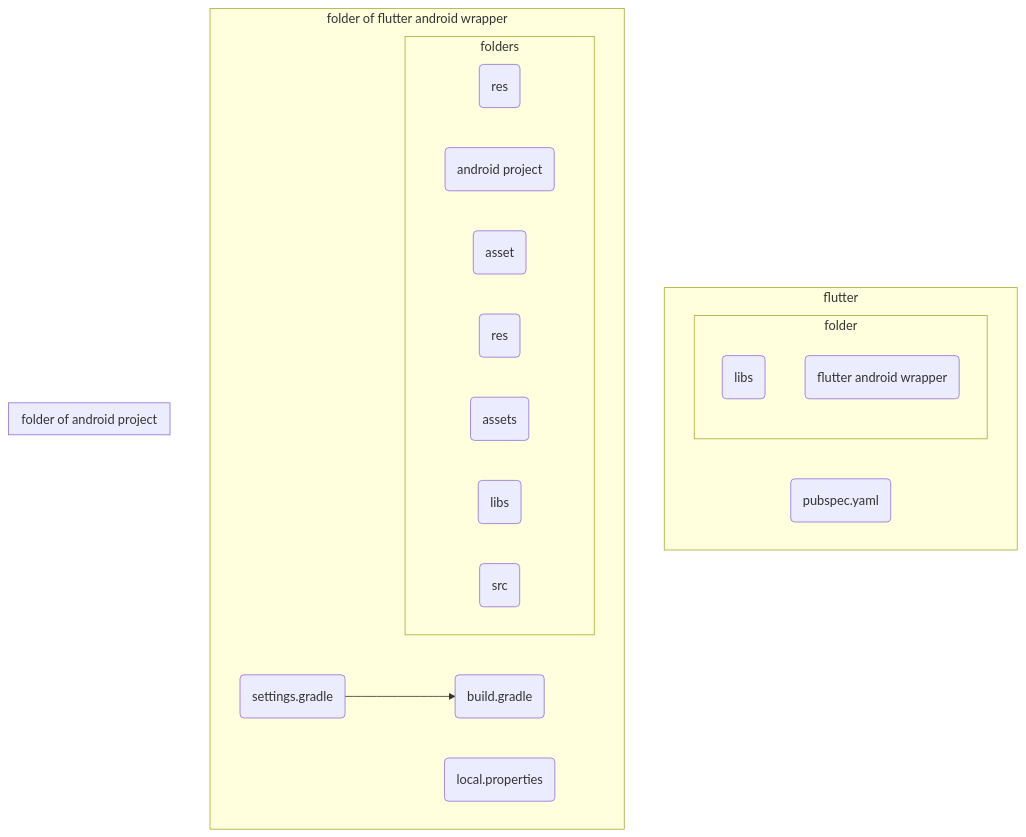
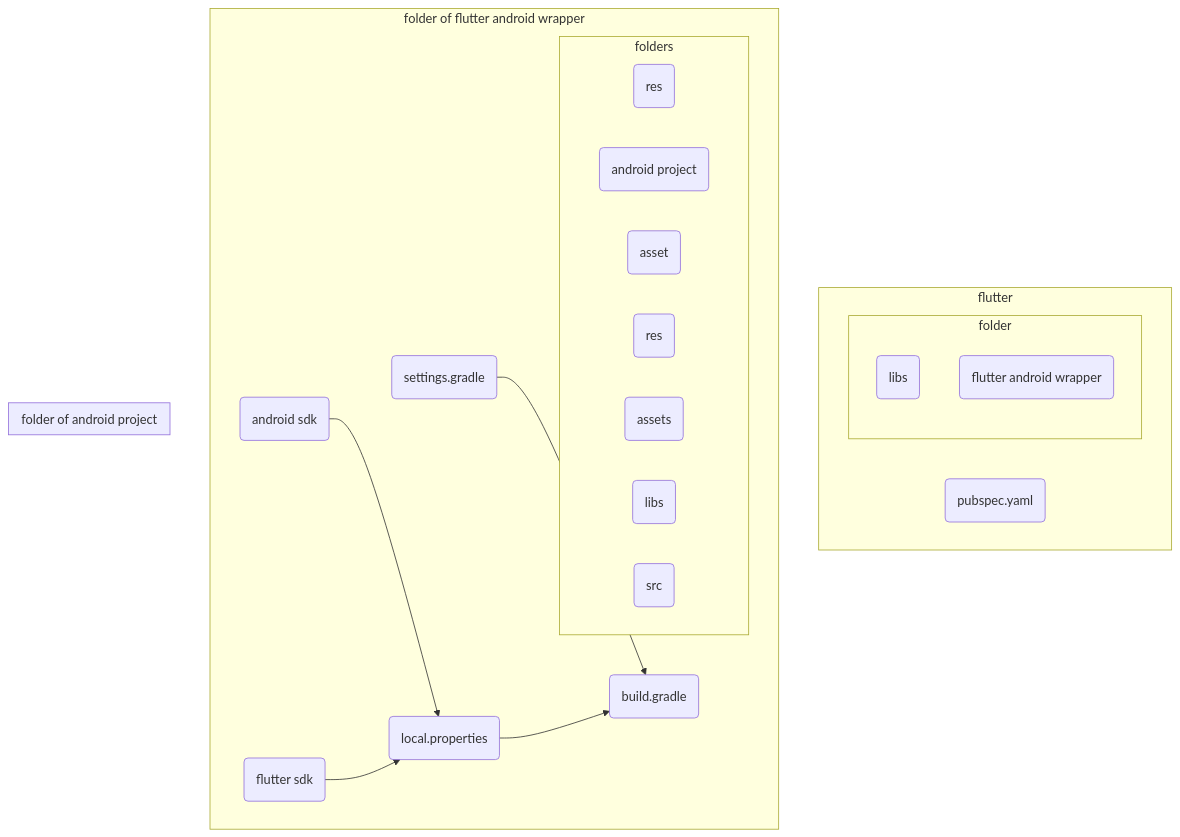
One commit to gordianknotC/nxp_note changed the second of 2 diagrams in flutter/addAndroidProjIntoFlutter.md. Above: the diagram before and after it, drawn with Mermaid. The commit also changed other lines of this file, not shown here.

Commit message:
flutter/addAndroidProjIntoFlutter.md updated from https://stackedit.io/

````diff
--- a/flutter/addAndroidProjIntoFlutter.md
+++ b/flutter/addAndroidProjIntoFlutter.md
@@ -225,28 +225,30 @@
 ```mermaid
 graph TB
 	subgraph flutter
 		FP(pubspec.yaml)
 		subgraph folder
 			FL(libs)
 			FA(flutter android wrapper)
 		end
 	end
 	subgraph folder of flutter android wrapper
 		WS(settings.gradle) --> WB(build.gradle)
-		WL(local.properties)
+		WL(local.properties)--> WB
+		WL1(android sdk)-->WL
+		WL2(flutter sdk)-->WL
 		subgraph folders
 			WR(res)
 			WP(android project)
 			WT(asset)
 		end
 	end
 	subgraph folder of android project
 		
 		 subgraph folders
 			 AR(res) 
 			 AT(assets)
 			 AL(libs)
 			 AC(src)
 		 end
 	end	 
 ```
````
